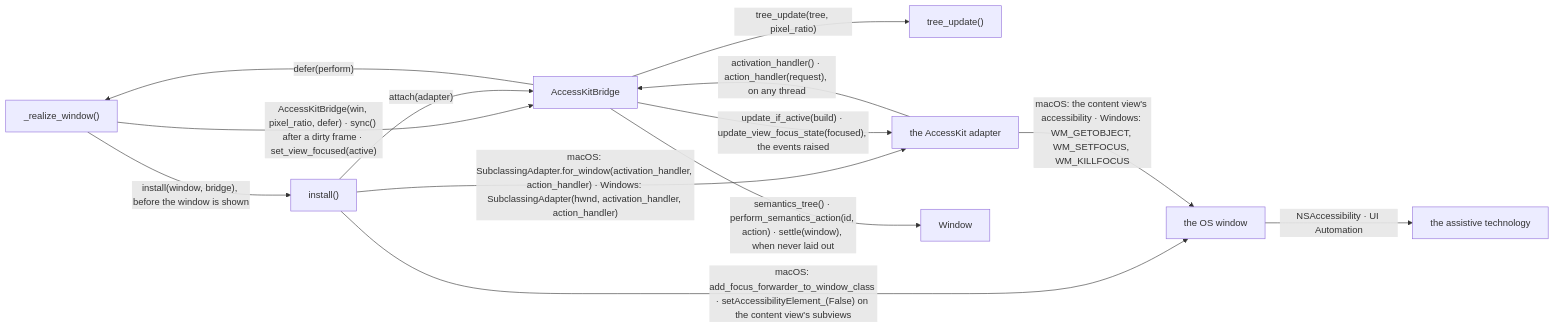
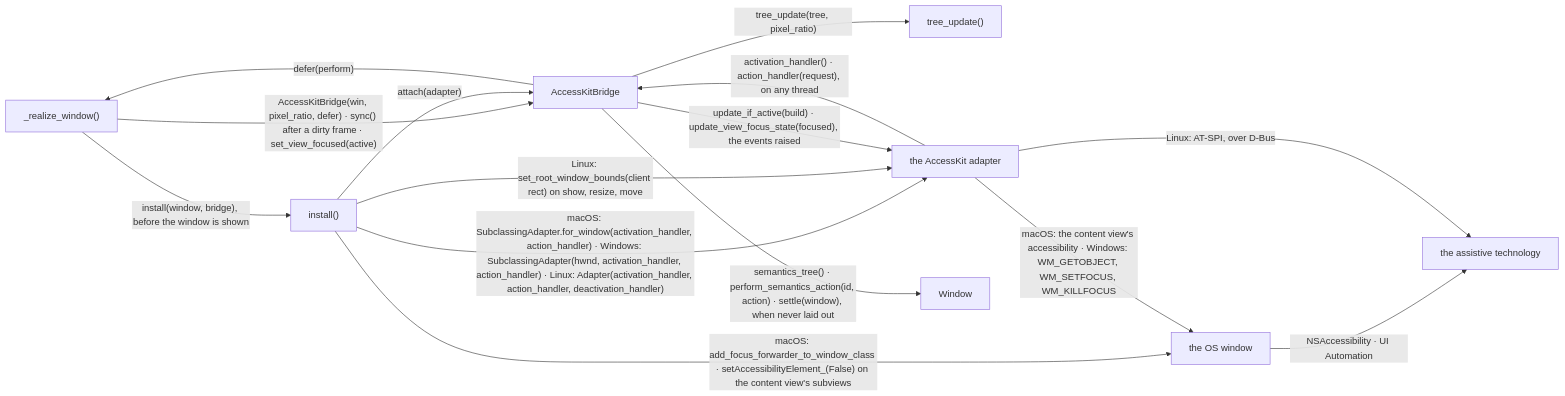
One commit to yuksblog/nuiitivet changed the fifth of 8 diagrams in docs/design/ACCESSIBILITY.md. Above: the diagram before and after it, drawn with Mermaid. The commit also changed other lines of this file and 11 other files, not shown here.

````diff
--- a/docs/design/ACCESSIBILITY.md
+++ b/docs/design/ACCESSIBILITY.md
@@ -210,24 +211,26 @@
 ```mermaid
 flowchart LR
     realize["_realize_window()"]
     bridge[AccessKitBridge]
     convert["tree_update()"]
     installer["install()"]
     adapter[the AccessKit adapter]
     oswindow[the OS window]
     window[Window]
     at[the assistive technology]
 
     realize -- "AccessKitBridge(win, pixel_ratio, defer) · sync() after a dirty frame · set_view_focused(active)" --> bridge
     realize -- "install(window, bridge), before the window is shown" --> installer
     installer -- "macOS: add_focus_forwarder_to_window_class · setAccessibilityElement_(False) on the content view's subviews" --> oswindow
-    installer -- "macOS: SubclassingAdapter.for_window(activation_handler, action_handler) · Windows: SubclassingAdapter(hwnd, activation_handler, action_handler)" --> adapter
+    installer -- "macOS: SubclassingAdapter.for_window(activation_handler, action_handler) · Windows: SubclassingAdapter(hwnd, activation_handler, action_handler) · Linux: Adapter(activation_handler, action_handler, deactivation_handler)" --> adapter
+    installer -- "Linux: set_root_window_bounds(client rect) on show, resize, move" --> adapter
     installer -- "attach(adapter)" --> bridge
     bridge -- "semantics_tree() · perform_semantics_action(id, action) · settle(window), when never laid out" --> window
     bridge -- "tree_update(tree, pixel_ratio)" --> convert
     bridge -- "update_if_active(build) · update_view_focus_state(focused), the events raised" --> adapter
     adapter -- "activation_handler() · action_handler(request), on any thread" --> bridge
     bridge -- "defer(perform)" --> realize
     adapter -- "macOS: the content view's accessibility · Windows: WM_GETOBJECT, WM_SETFOCUS, WM_KILLFOCUS" --> oswindow
     oswindow -- "NSAccessibility · UI Automation" --> at
+    adapter -- "Linux: AT-SPI, over D-Bus" --> at
 ```
````
